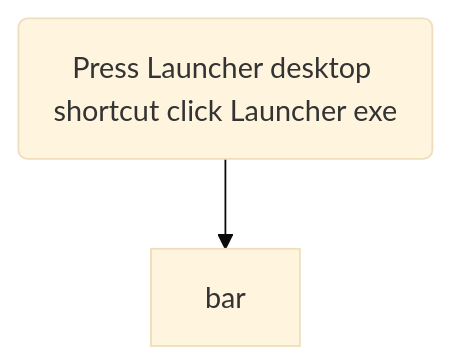
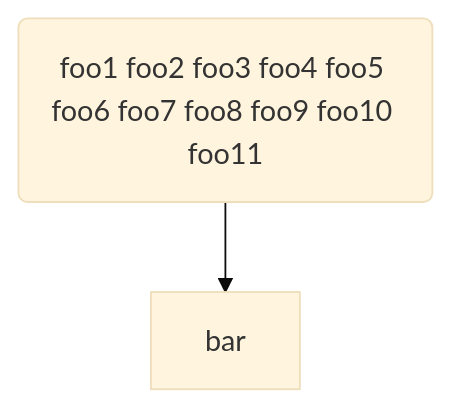
Diagram 15 of 16 in sandbox/MerMaid_diagram_integration.md (funjobie/OpenSwordArtsVR), drawn with Mermaid (base theme) before and after one commit. The commit also changed other lines of this file, not shown here.

Commit message:
refine troubleshooting example

````diff
--- a/sandbox/MerMaid_diagram_integration.md
+++ b/sandbox/MerMaid_diagram_integration.md
@@ -200,4 +200,4 @@
 ```mermaid
 flowchart TD
-    foo("Press Launcher desktop shortcut click Launcher exe") --> bar
+    foo("foo1 foo2 foo3 foo4 foo5 foo6 foo7 foo8 foo9 foo10 foo11") --> bar
 ```
````
